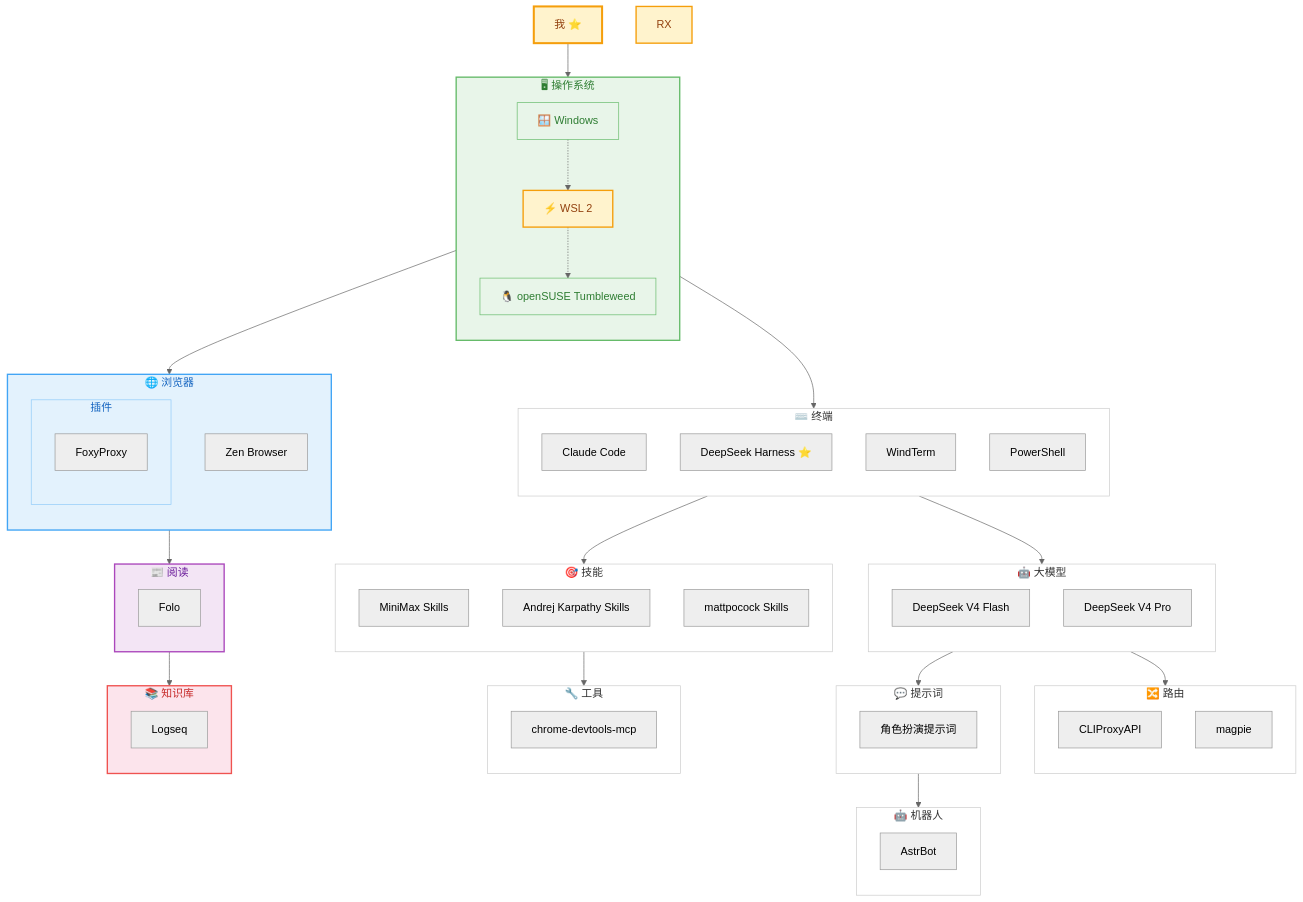
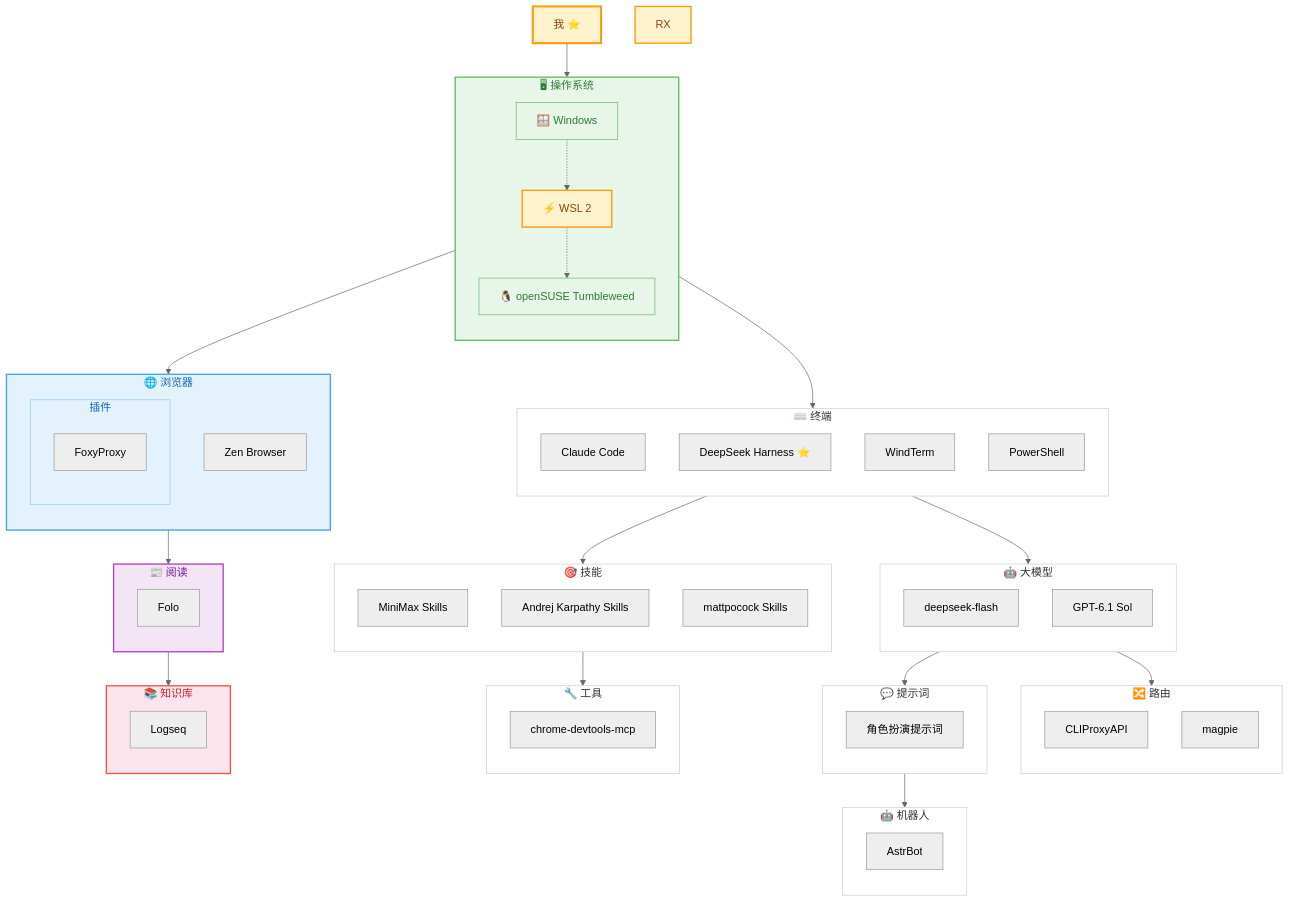
One commit to yuanxin518/ai-path changed the diagram in README.md. Above: the diagram before and after it, drawn with Mermaid (neutral theme). The commit also changed other lines of this file and 1 other file, not shown here.

Commit message:
docs: 大模型节点更新为 deepseek-flash（V4.1 Flash）与 GPT-6.1 Sol，移除已下线的 V4 Flash/Pro

```diff
--- a/README.md
+++ b/README.md
@@ -50,8 +50,8 @@
 
     subgraph N02["🤖 大模型"]
         direction TB
-        DS1["DeepSeek V4 Flash"]
-        DS2["DeepSeek V4 Pro"]
+        DS1["deepseek-flash"]
+        DS2["GPT-6.1 Sol"]
     end
     style N02 fill:#ffffff,stroke:#cccccc,stroke-width:1px,color:#333333
 
```
